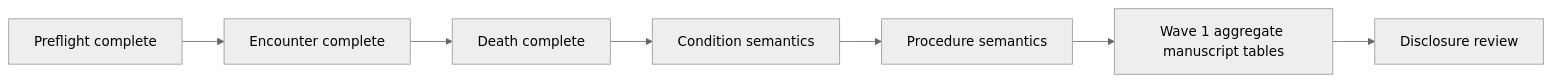
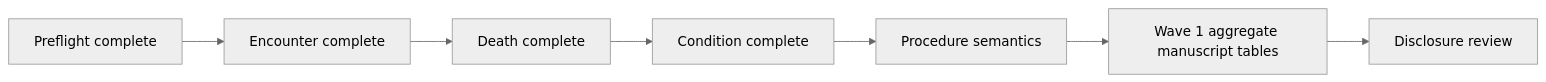
Before and after one commit to vafaei-ar/pcornet-omop-validation: the diagram in docs/stage_b_wave1_progress.md, drawn with Mermaid (neutral theme). The commit also changed other lines of this file, not shown here.

Commit message:
Record completed Stage B Condition concordance and attribution

````diff
--- a/docs/stage_b_wave1_progress.md
+++ b/docs/stage_b_wave1_progress.md
@@ -81,9 +100,9 @@
 ```mermaid
 flowchart LR
     A[Preflight complete] --> B[Encounter complete]
     B --> C[Death complete]
-    C --> D[Condition semantics]
+    C --> D[Condition complete]
     D --> E[Procedure semantics]
     E --> F[Wave 1 aggregate manuscript tables]
     F --> G[Disclosure review]
 ```
````
